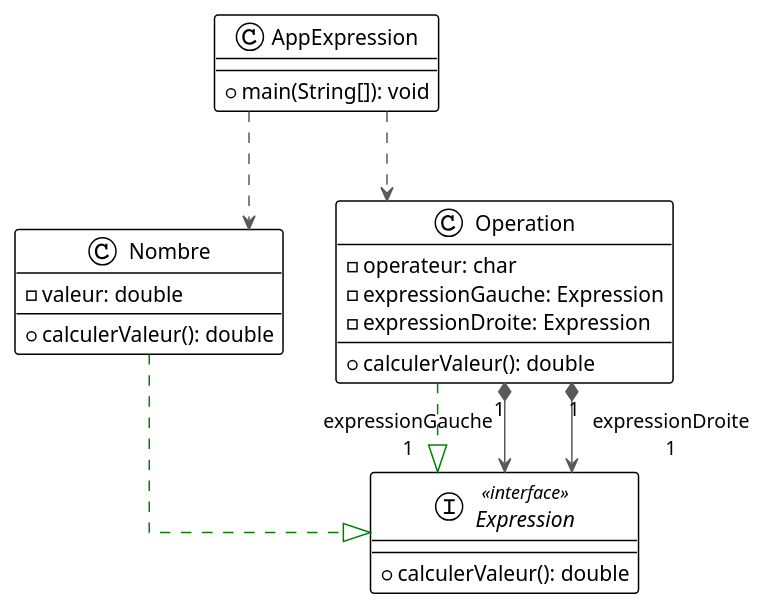
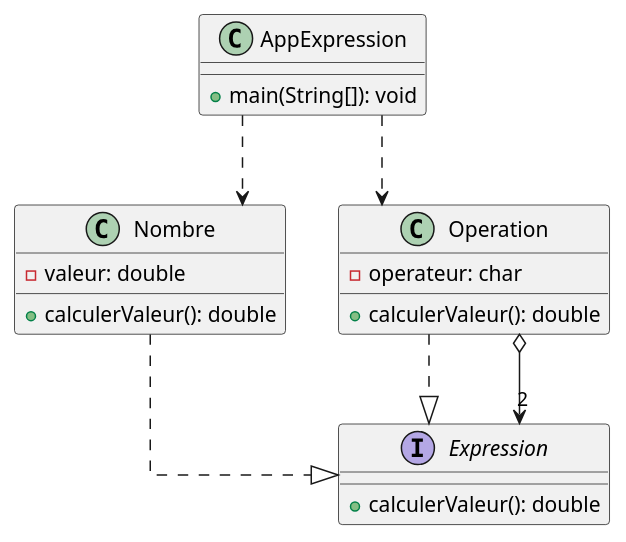
Before and after one commit to JumperBoost/A1-DevObjets-TP8: the diagram in ressources/exo1_diagramme.plantuml, drawn with PlantUML. The commit also changed 1 other file, not shown here.

Commit message:
Correction diagramme UML exercice 1

```diff
--- a/ressources/exo1_diagramme.plantuml
+++ b/ressources/exo1_diagramme.plantuml
@@ -1,29 +1,25 @@
 @startuml
-!theme plain
 top to bottom direction
 skinparam linetype ortho
 
 class AppExpression {
   + main(String[]): void
 }
-interface Expression << interface >> {
+interface Expression {
   + calculerValeur(): double
 }
 class Nombre {
   - valeur: double
   + calculerValeur(): double
 }
 class Operation {
   - operateur: char
-  - expressionGauche: Expression
-  - expressionDroite: Expression
   + calculerValeur(): double
 }
 
-AppExpression  -[#595959,dashed]->  Nombre
-AppExpression  -[#595959,dashed]->  Operation
-Nombre         -[#008200,dashed]-^  Expression
-Operation      -[#008200,dashed]-^  Expression
-Operation     "1" *-[#595959,plain]-> "expressionGauche\n1" Expression
-Operation     "1" *-[#595959,plain]-> "expressionDroite\n1" Expression
+AppExpression   -.>  Nombre
+AppExpression   -.>  Operation
+Nombre          -.|>  Expression
+Operation       -.|>  Expression
+Operation       o--> "2" Expression
 @enduml
```
